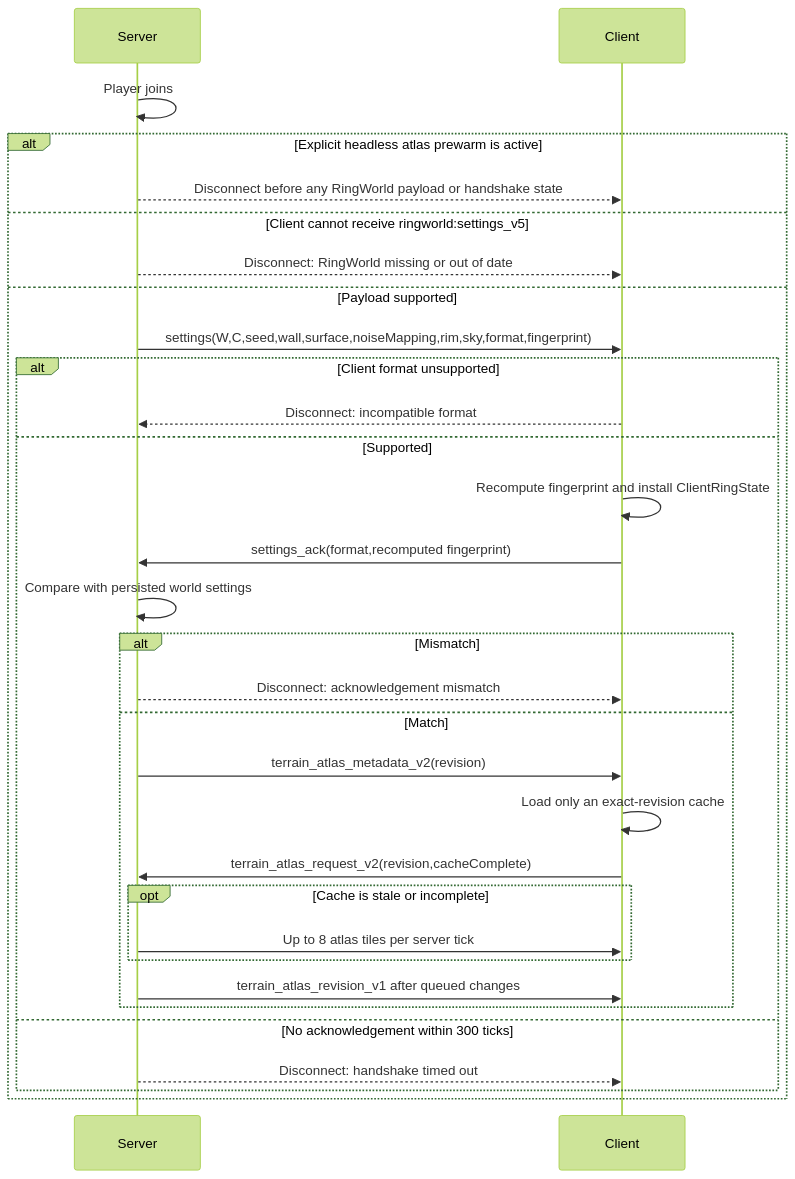
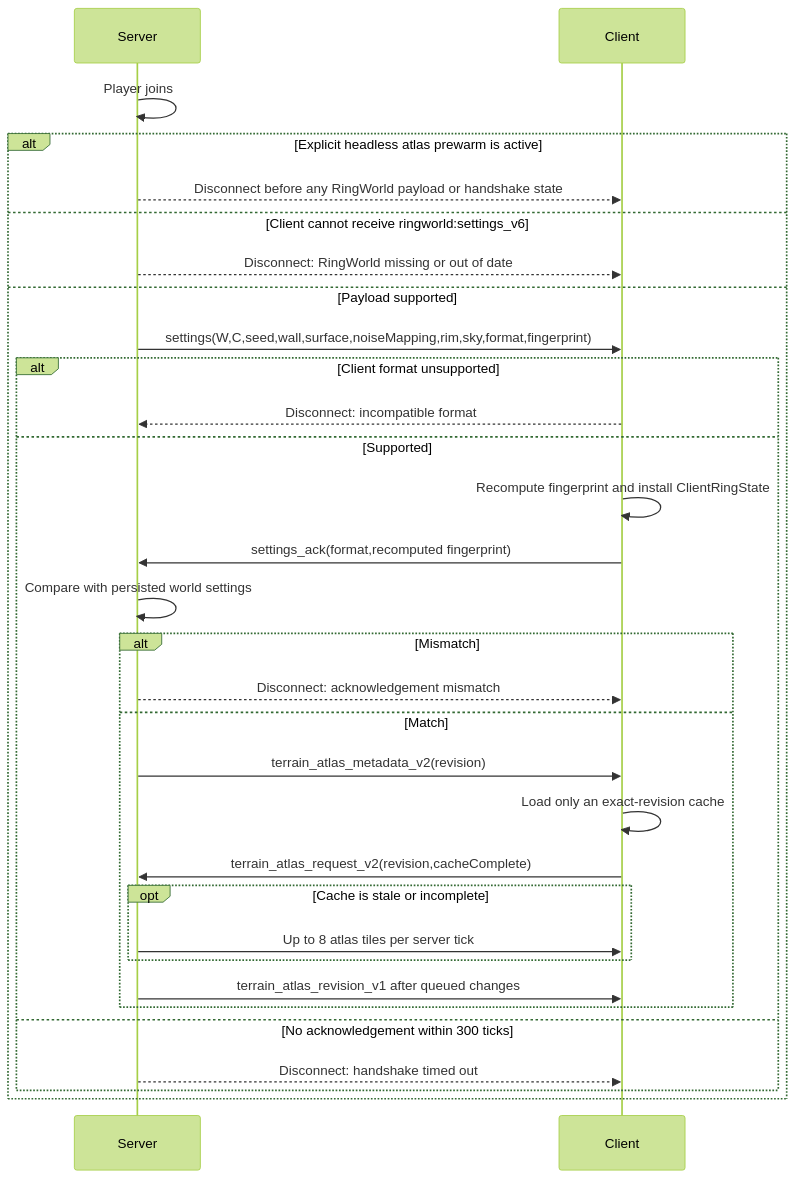
One commit to Delaser/RingWorld changed the diagram in docs/NETWORK_PROTOCOL.md. Above: the diagram before and after it, drawn with Mermaid (forest theme). The commit also changed other lines of this file and 59 other files, not shown here.

````diff
--- a/docs/NETWORK_PROTOCOL.md
+++ b/docs/NETWORK_PROTOCOL.md
@@ -47,33 +48,33 @@
 ```mermaid
 sequenceDiagram
     participant S as Server
     participant C as Client
     S->>S: Player joins
     alt Explicit headless atlas prewarm is active
         S-->>C: Disconnect before any RingWorld payload or handshake state
-    else Client cannot receive ringworld:settings_v5
+    else Client cannot receive ringworld:settings_v6
         S-->>C: Disconnect: RingWorld missing or out of date
     else Payload supported
         S->>C: settings(W,C,seed,wall,surface,noiseMapping,rim,sky,format,fingerprint)
         alt Client format unsupported
             C-->>S: Disconnect: incompatible format
         else Supported
             C->>C: Recompute fingerprint and install ClientRingState
             C->>S: settings_ack(format,recomputed fingerprint)
             S->>S: Compare with persisted world settings
             alt Mismatch
                 S-->>C: Disconnect: acknowledgement mismatch
             else Match
                 S->>C: terrain_atlas_metadata_v2(revision)
                 C->>C: Load only an exact-revision cache
                 C->>S: terrain_atlas_request_v2(revision,cacheComplete)
                 opt Cache is stale or incomplete
                     S->>C: Up to 8 atlas tiles per server tick
                 end
                 S->>C: terrain_atlas_revision_v1 after queued changes
             end
         else No acknowledgement within 300 ticks
             S-->>C: Disconnect: handshake timed out
         end
     end
 ```
````
